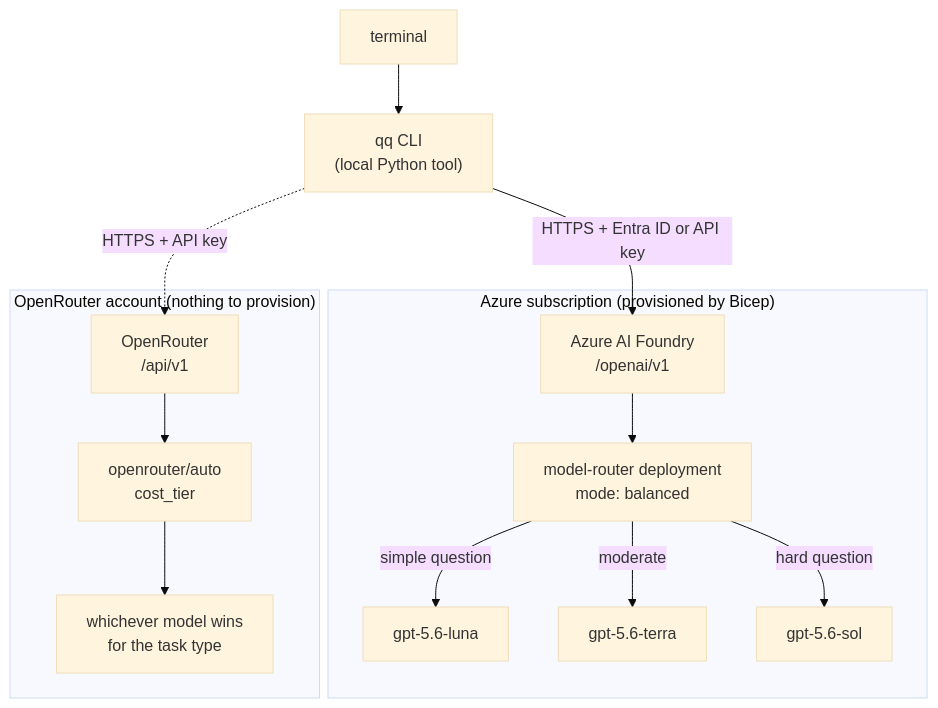
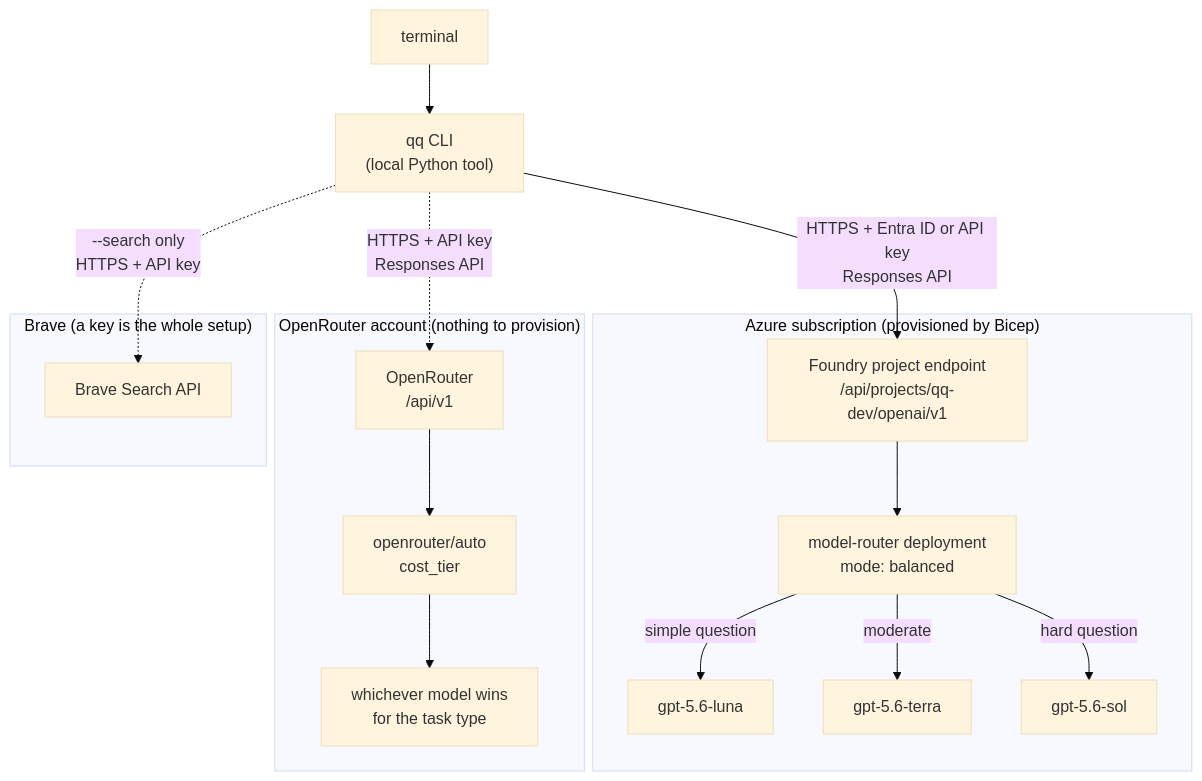
One commit to CrankingAI/qq-router changed the diagram in README.md. Above: the diagram before and after it, drawn with Mermaid (base theme). The commit also changed other lines of this file and 24 other files, not shown here.

````diff
--- a/README.md
+++ b/README.md
@@ -38,27 +41,31 @@
 ```mermaid
 flowchart TD
     T["terminal"] --> Q["qq CLI<br/>(local Python tool)"]
-    Q -->|"HTTPS + Entra ID or API key"| F["Azure AI Foundry<br/>/openai/v1"]
-    Q -.->|"HTTPS + API key"| O["OpenRouter<br/>/api/v1"]
+    Q -->|"HTTPS + Entra ID or API key<br/>Responses API"| F["Foundry project endpoint<br/>/api/projects/qq-dev/openai/v1"]
+    Q -.->|"HTTPS + API key<br/>Responses API"| O["OpenRouter<br/>/api/v1"]
+    Q -.->|"--search only<br/>HTTPS + API key"| B["Brave Search API"]
 
     F --> R["model-router deployment<br/>mode: balanced"]
     R -->|simple question| L["gpt-5.6-luna"]
     R -->|moderate| TE["gpt-5.6-terra"]
     R -->|hard question| S["gpt-5.6-sol"]
 
     O --> A["openrouter/auto<br/>cost_tier"]
     A --> M["whichever model wins<br/>for the task type"]
 
     subgraph Azure["Azure subscription (provisioned by Bicep)"]
         F
         R
         L
         TE
         S
     end
     subgraph OR["OpenRouter account (nothing to provision)"]
         O
         A
         M
     end
+    subgraph Brave["Brave (a key is the whole setup)"]
+        B
+    end
 ```
````
